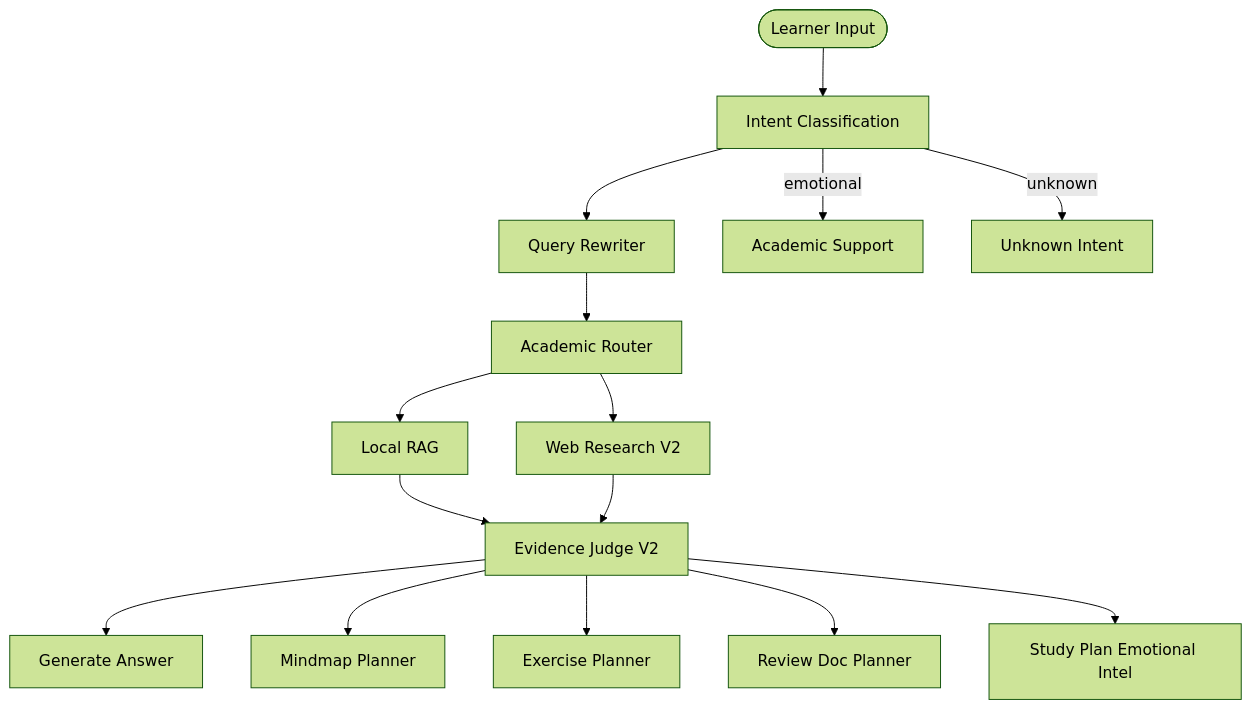
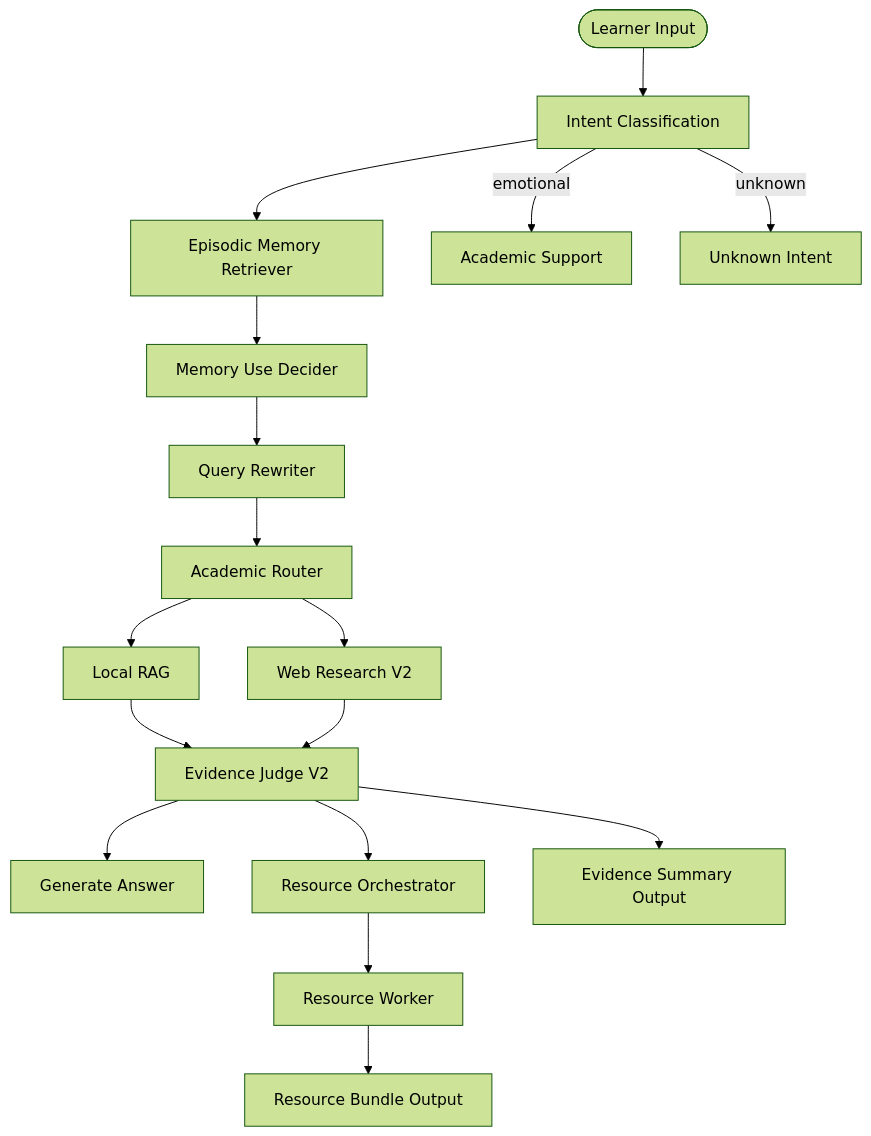
One commit to kyle-1227/A3_study_agent changed the diagram in README_en.md. Above: the diagram before and after it, drawn with Mermaid (forest theme). The commit also changed other lines of this file and 53 other files, not shown here.

````diff
--- a/README_en.md
+++ b/README_en.md
@@ -42,19 +42,22 @@
 ```mermaid
 graph TD
   START([Learner Input]) --> supervisor[Intent Classification]
-  supervisor --> search_query_rewriter[Query Rewriter]
+  supervisor --> episodic_memory_retriever[Episodic Memory Retriever]
   supervisor -->|emotional| emotional_response[Academic Support]
   supervisor -->|unknown| handle_unknown[Unknown Intent]
 
+  episodic_memory_retriever --> memory_use_decider[Memory Use Decider]
+  memory_use_decider --> search_query_rewriter[Query Rewriter]
   search_query_rewriter --> academic_router[Academic Router]
   academic_router --> rag_retrieve[Local RAG]
   academic_router --> web_search[Web Research V2]
   rag_retrieve --> evidence_judge[Evidence Judge V2]
   web_search --> evidence_judge
 
   evidence_judge --> generate_answer[Generate Answer]
-  evidence_judge --> mindmap_planner[Mindmap Planner]
-  evidence_judge --> exercise_planner[Exercise Planner]
-  evidence_judge --> review_doc_planner[Review Doc Planner]
-  evidence_judge --> study_plan_emotional_intel[Study Plan Emotional Intel]
+  evidence_judge --> resource_orchestrator[Resource Orchestrator]
+  evidence_judge --> evidence_summary_output[Evidence Summary Output]
+
+  resource_orchestrator --> resource_worker[Resource Worker]
+  resource_worker --> resource_bundle_output[Resource Bundle Output]
 ```
````
